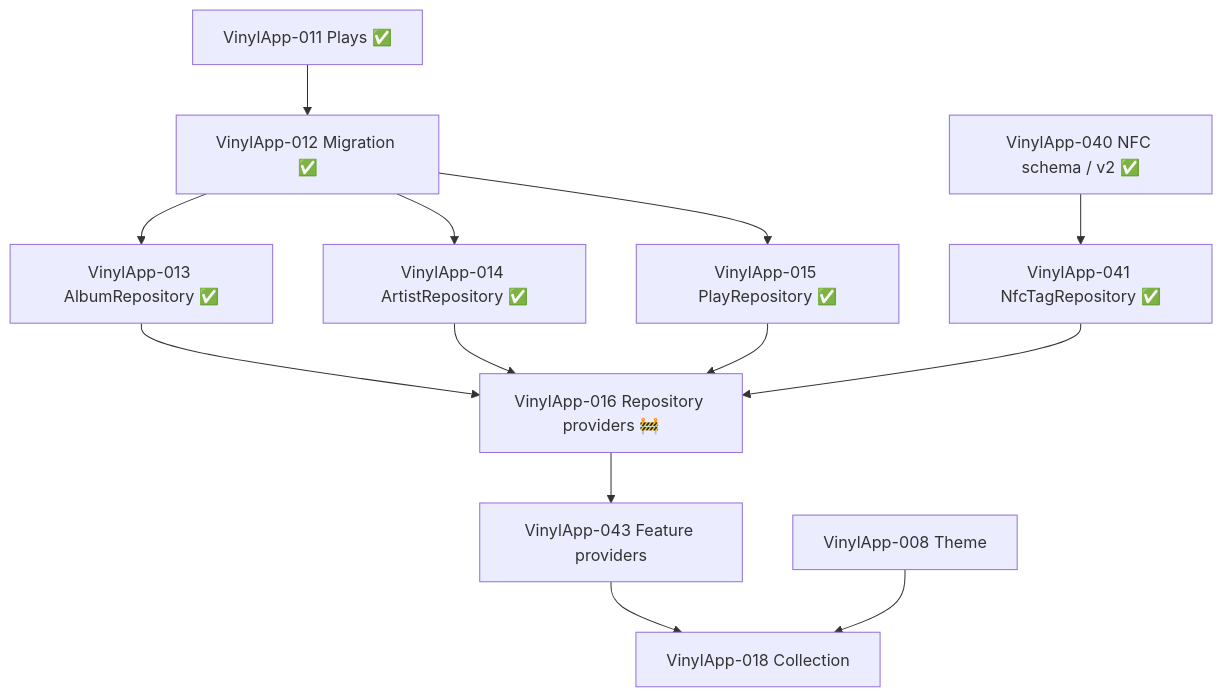
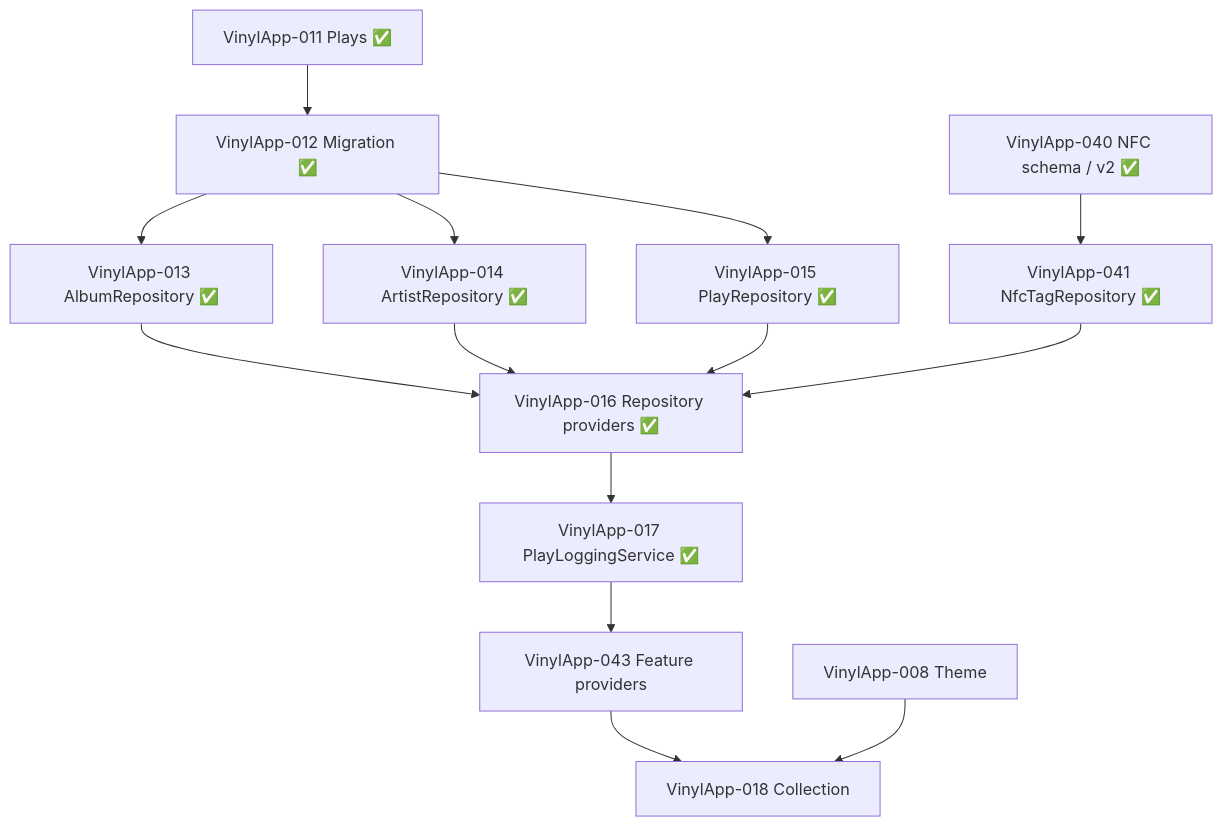
The third of 3 diagrams in docs/architecture/dependency-graph.md (hunter-goller/Groovefolio), drawn with Mermaid before and after one commit. The commit also changed other lines of this file and 9 other files, not shown here.

First line of the commit message:
VinylApp-017: PlayLoggingService (#27)

````diff
--- a/docs/architecture/dependency-graph.md
+++ b/docs/architecture/dependency-graph.md
@@ -93,27 +100,29 @@
 ```mermaid
 flowchart TD
     T11[VinylApp-011 Plays ✅]
     T12[VinylApp-012 Migration ✅]
     T13[VinylApp-013 AlbumRepository ✅]
     T14[VinylApp-014 ArtistRepository ✅]
     T15[VinylApp-015 PlayRepository ✅]
     T40[VinylApp-040 NFC schema / v2 ✅]
     T41[VinylApp-041 NfcTagRepository ✅]
-    T16[VinylApp-016 Repository providers 🚧]
+    T16[VinylApp-016 Repository providers ✅]
+    T17[VinylApp-017 PlayLoggingService ✅]
     T43[VinylApp-043 Feature providers]
     T08[VinylApp-008 Theme]
     T18[VinylApp-018 Collection]
 
     T11 --> T12
     T12 --> T13
     T12 --> T14
     T12 --> T15
     T13 --> T16
     T14 --> T16
     T15 --> T16
     T40 --> T41
     T41 --> T16
-    T16 --> T43
+    T16 --> T17
+    T17 --> T43
     T43 --> T18
     T08 --> T18
 ```
````
